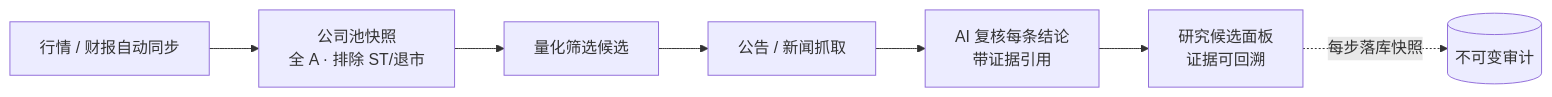
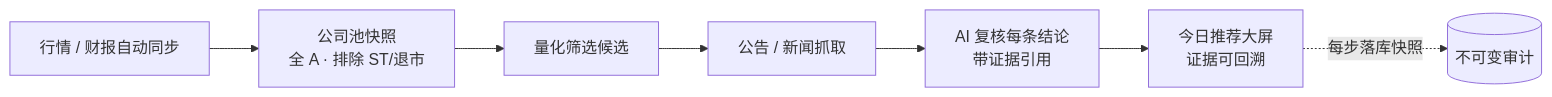
Before and after one commit to RickyW0529/Margin: the first of 2 diagrams in README.zh-CN.md, drawn with Mermaid. The commit also changed other lines of this file and 144 other files, not shown here.

````diff
--- a/README.zh-CN.md
+++ b/README.zh-CN.md
@@ -47,9 +47,9 @@
 ```mermaid
 flowchart LR
     Data[行情 / 财报自动同步] --> Pool[公司池快照<br/>全 A · 排除 ST/退市]
     Pool --> Quant[量化筛选候选]
     Quant --> News[公告 / 新闻抓取]
     News --> AI[AI 复核每条结论<br/>带证据引用]
-    AI --> Panel[研究候选面板<br/>证据可回溯]
+    AI --> Panel[今日推荐大屏<br/>证据可回溯]
     Panel -.->|每步落库快照| Audit[(不可变审计)]
 ```
````
